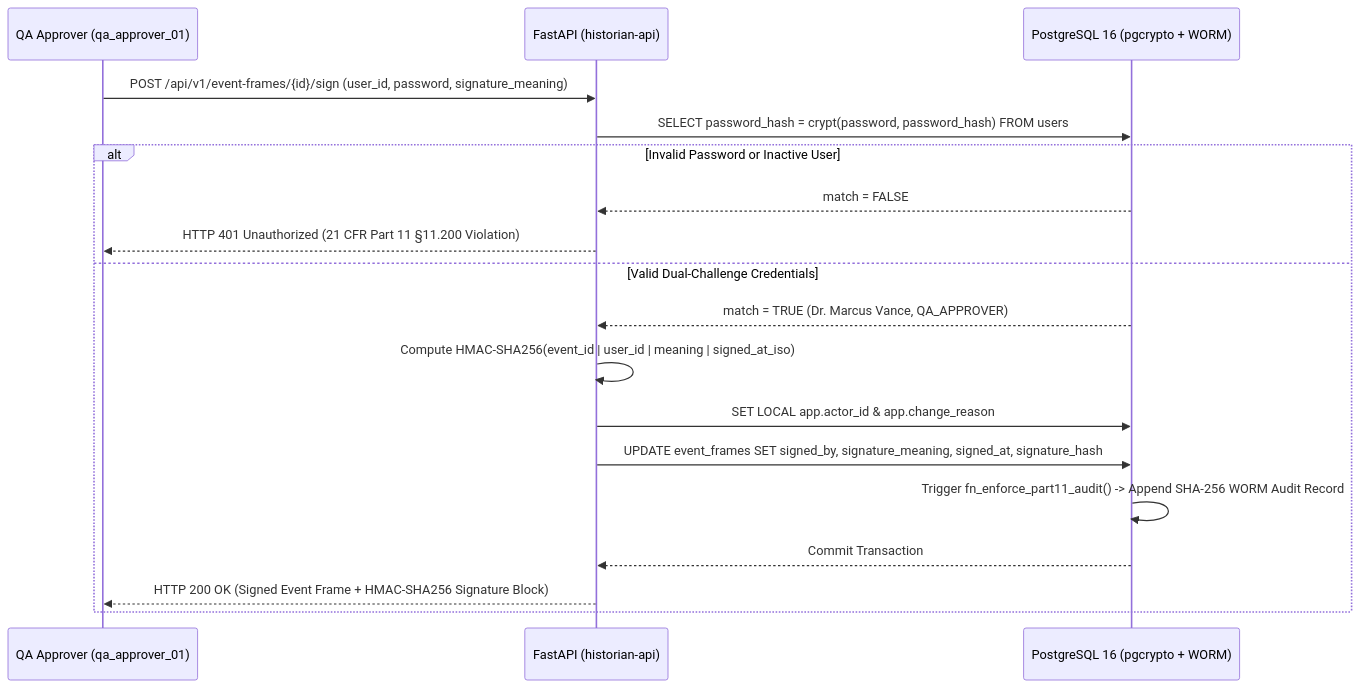
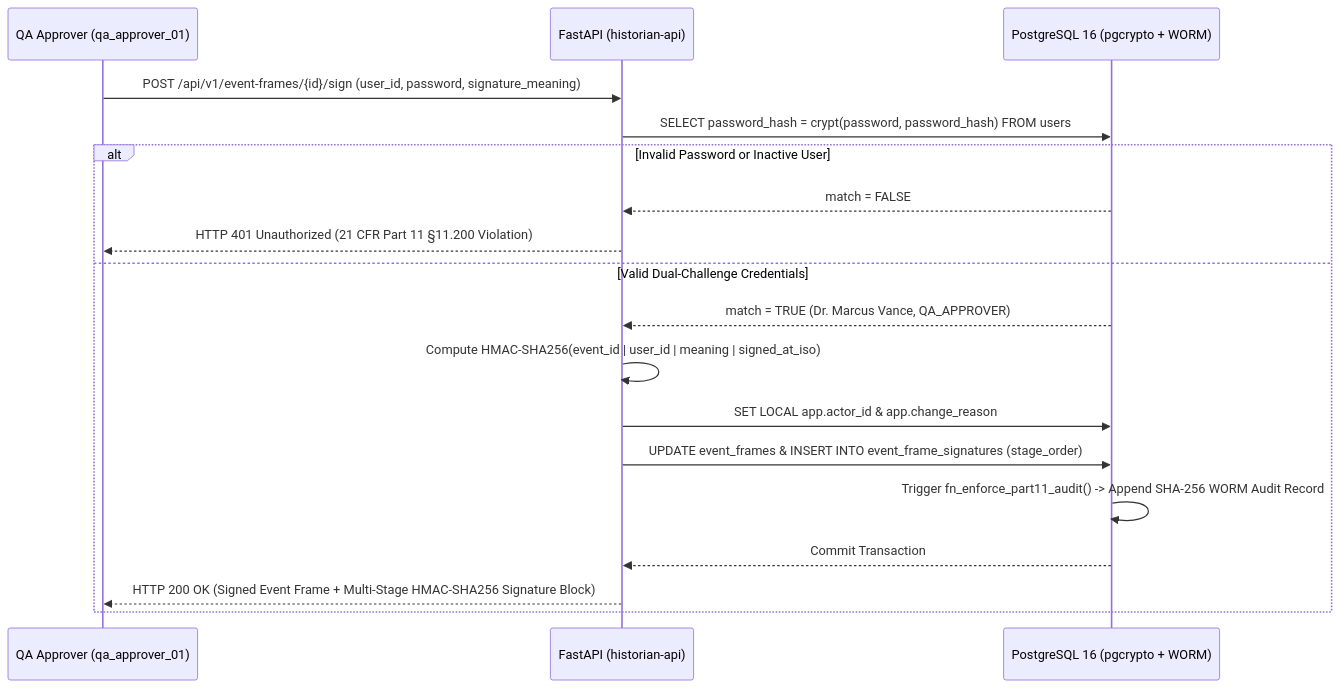
The diagram in docs-site/src/content/docs/docs/architecture/part11-compliance.md (saram-io/gxp-historian), drawn with Mermaid before and after one commit. The commit also changed other lines of this file and 419 other files, not shown here.

````diff
--- a/docs-site/src/content/docs/docs/architecture/part11-compliance.md
+++ b/docs-site/src/content/docs/docs/architecture/part11-compliance.md
@@ -86,21 +86,21 @@
 ```mermaid
 sequenceDiagram
   participant QA as QA Approver (qa_approver_01)
   participant API as FastAPI (historian-api)
   participant PG as PostgreSQL 16 (pgcrypto + WORM)
 
   QA->>API: POST /api/v1/event-frames/{id}/sign (user_id, password, signature_meaning)
   API->>PG: SELECT password_hash = crypt(password, password_hash) FROM users
   alt Invalid Password or Inactive User
     PG-->>API: match = FALSE
     API-->>QA: HTTP 401 Unauthorized (21 CFR Part 11 §11.200 Violation)
   else Valid Dual-Challenge Credentials
     PG-->>API: match = TRUE (Dr. Marcus Vance, QA_APPROVER)
     API->>API: Compute HMAC-SHA256(event_id | user_id | meaning | signed_at_iso)
     API->>PG: SET LOCAL app.actor_id & app.change_reason
-    API->>PG: UPDATE event_frames SET signed_by, signature_meaning, signed_at, signature_hash
+    API->>PG: UPDATE event_frames & INSERT INTO event_frame_signatures (stage_order)
     PG->>PG: Trigger fn_enforce_part11_audit() -> Append SHA-256 WORM Audit Record
     PG-->>API: Commit Transaction
-    API-->>QA: HTTP 200 OK (Signed Event Frame + HMAC-SHA256 Signature Block)
+    API-->>QA: HTTP 200 OK (Signed Event Frame + Multi-Stage HMAC-SHA256 Signature Block)
   end
 ```
````
